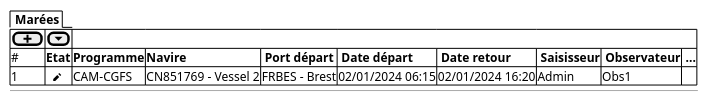
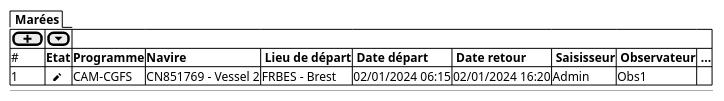
One commit to sumaris-net/sumaris-doc changed the diagram in projects/obsmer/spe/images/trips-table.puml. Above: the diagram before and after it, drawn with PlantUML. The commit also changed 15 other files, not shown here.

```diff
--- a/projects/obsmer/spe/images/trips-table.puml
+++ b/projects/obsmer/spe/images/trips-table.puml
@@ -1,16 +1,16 @@
 @startsalt
 {
 
   {/ <b> Marées   }
 
 
 	{#
       [ <&plus>] | [<&caret-bottom>]
-      # | <b>Etat | <b>Programme     | <b>Navire   | <b> Port départ | <b> Date départ | <b> Date retour | <b> Saisisseur |<b> Observateur | <b> ...
+      # | <b>Etat | <b>Programme     | <b>Navire   | <b> Lieu de départ | <b> Date départ | <b> Date retour | <b> Saisisseur |<b> Observateur | <b> ...
       1 | <b>  <&pencil> | CAM-CGFS         | CN851769 - Vessel 2 | FRBES - Brest | 02/01/2024 06:15 | 02/01/2024 16:20 | Admin | Obs1 |
     }
 
   --
 
 }
 @endsalt
```
